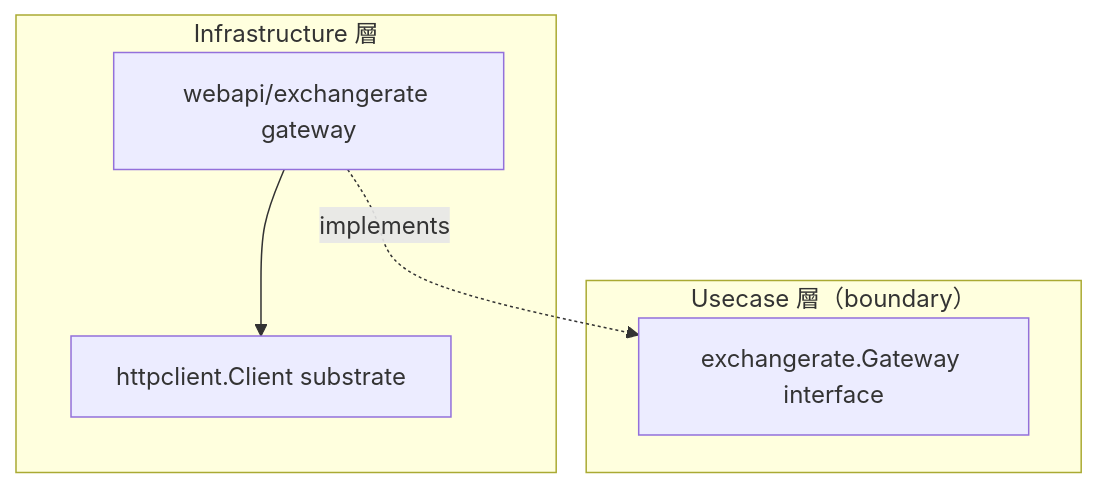
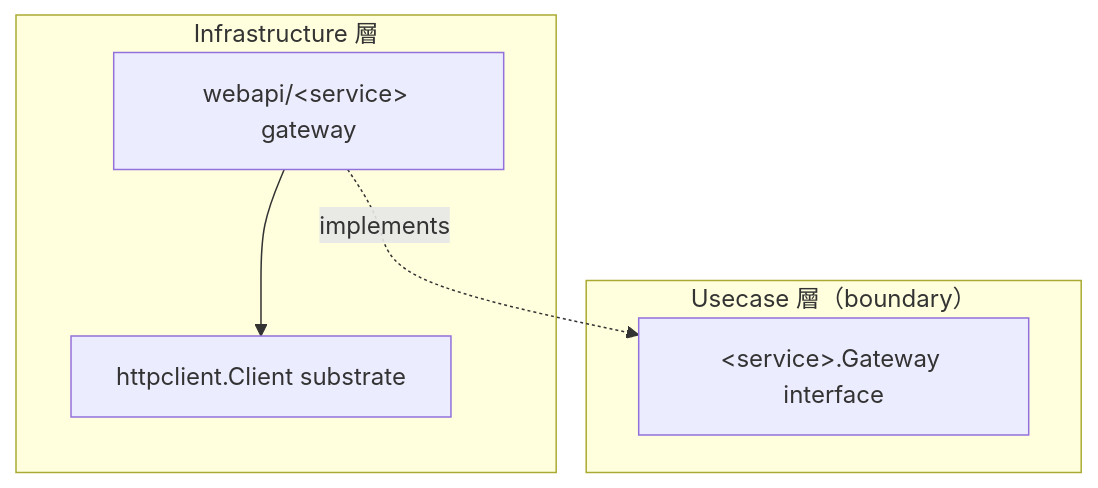
The diagram in internal/infrastructure/webapi/README.ja.md (Tomy-ch/go-boilerplate), drawn with Mermaid before and after one commit. The commit also changed other lines of this file and 114 other files, not shown here.

````diff
--- a/internal/infrastructure/webapi/README.ja.md
+++ b/internal/infrastructure/webapi/README.ja.md
@@ -9,13 +9,13 @@
 ```mermaid
 flowchart TB
     subgraph "Usecase 層（boundary）"
-        IF["exchangerate.Gateway interface"]
+        IF["&lt;service&gt;.Gateway interface"]
     end
     subgraph "Infrastructure 層"
-        Impl["webapi/exchangerate gateway"]
+        Impl["webapi/&lt;service&gt; gateway"]
         Sub["httpclient.Client substrate"]
     end
 
     Impl -. implements .-> IF
     Impl --> Sub
 ```
````
